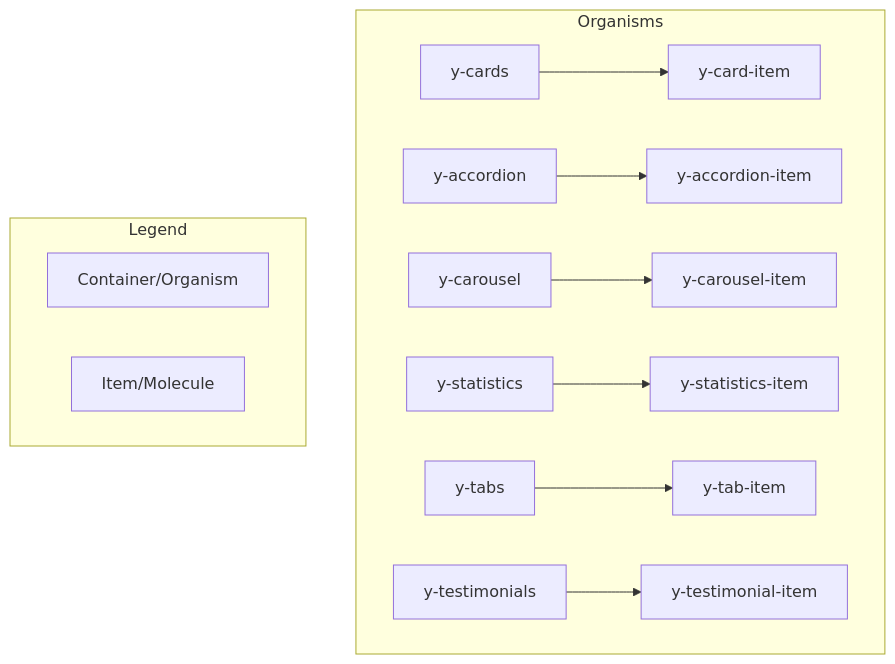
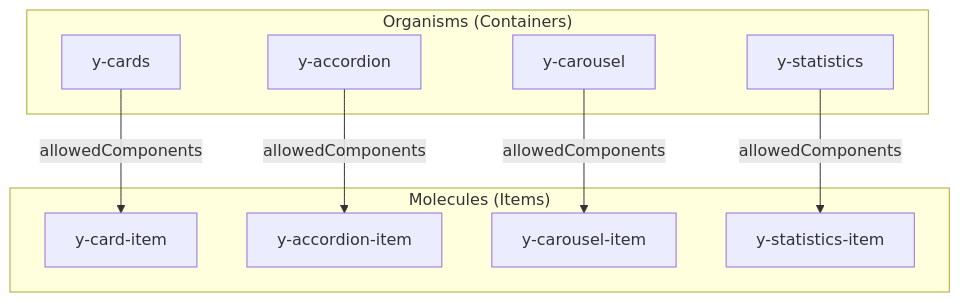
Before and after one commit to ITCare-Company/ymca_ws_canvas_demo_public: the second of 2 diagrams in README.md, drawn with Mermaid. The commit also changed other lines of this file, not shown here.

````diff
--- a/README.md
+++ b/README.md
@@ -193,16 +171,21 @@
 ```mermaid
 graph TD
-    subgraph Organisms
-        A[y-cards] --> B[y-card-item]
-        C[y-accordion] --> D[y-accordion-item]
-        E[y-carousel] --> F[y-carousel-item]
-        G[y-statistics] --> H[y-statistics-item]
-        I[y-tabs] --> J[y-tab-item]
-        K[y-testimonials] --> L[y-testimonial-item]
+    subgraph "Organisms (Containers)"
+        A[y-cards]
+        C[y-accordion]
+        E[y-carousel]
+        G[y-statistics]
     end
 
-    subgraph Legend
-        M[Container/Organism]
-        N[Item/Molecule]
+    subgraph "Molecules (Items)"
+        B[y-card-item]
+        D[y-accordion-item]
+        F[y-carousel-item]
+        H[y-statistics-item]
     end
+
+    A -->|allowedComponents| B
+    C -->|allowedComponents| D
+    E -->|allowedComponents| F
+    G -->|allowedComponents| H
 ```
````
